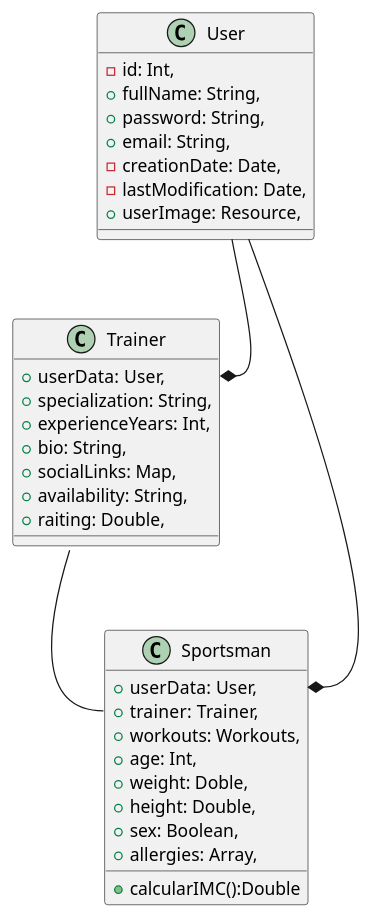
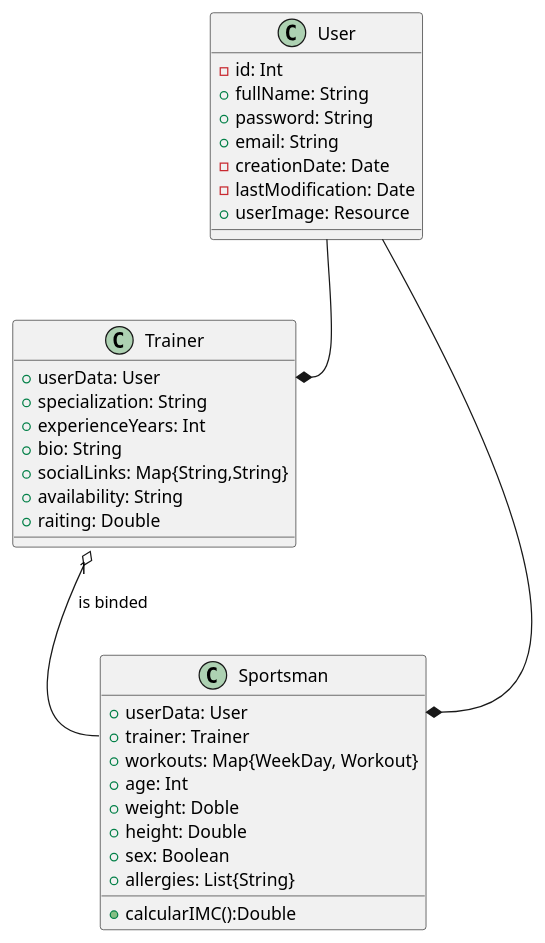
Before and after one commit to GasparKral/Fit-me: the first of 2 diagrams in documentation/Writerside/topics/Diagramas-UML.md, drawn with PlantUML. The commit also changed other lines of this file, not shown here.

Commit message:
Doc(Diagrams):Start uml diagrams documentacion

```diff
--- a/documentation/Writerside/topics/Diagramas-UML.md
+++ b/documentation/Writerside/topics/Diagramas-UML.md
@@ -6,43 +10,41 @@
 @startuml
     
     class User {
-       - id: Int,
-       + fullName: String,
-       + password: String,
-       + email: String,
-       - creationDate: Date,
-       - lastModification: Date,
-       + userImage: Resource,
+       - id: Int
+       + fullName: String
+       + password: String
+       + email: String
+       - creationDate: Date
+       - lastModification: Date
+       + userImage: Resource
     }
 
     class Trainer {
-       + userData: User,
-       + specialization: String,
-       + experienceYears: Int,
-       + bio: String,
-       + socialLinks: Map,
-       + availability: String,
-       + raiting: Double,
+       + userData: User
+       + specialization: String
+       + experienceYears: Int
+       + bio: String
+       + socialLinks: Map{String,String}
+       + availability: String
+       + raiting: Double
     }
 
     class Sportsman {
-       + userData: User,
-       + trainer: Trainer,
-       + workouts: Workouts,
-       + age: Int,
-       + weight: Doble,
-       + height: Double,
-       + sex: Boolean,
-       + allergies: Array,
+       + userData: User
+       + trainer: Trainer
+       + workouts: Map{WeekDay, Workout}
+       + age: Int
+       + weight: Doble
+       + height: Double
+       + sex: Boolean
+       + allergies: List{String}
 
         +calcularIMC():Double
     }
 
+    User --* Trainer::userData
+    User --* Sportsman::userData
+    Trainer "1" o-- Sportsman::trainer : " is binded"
     
 
-    User --* Trainer::userData
-    User --* Sportsman::userData
-    Trainer -- Sportsman::trainer
-  
-
 @enduml
```
